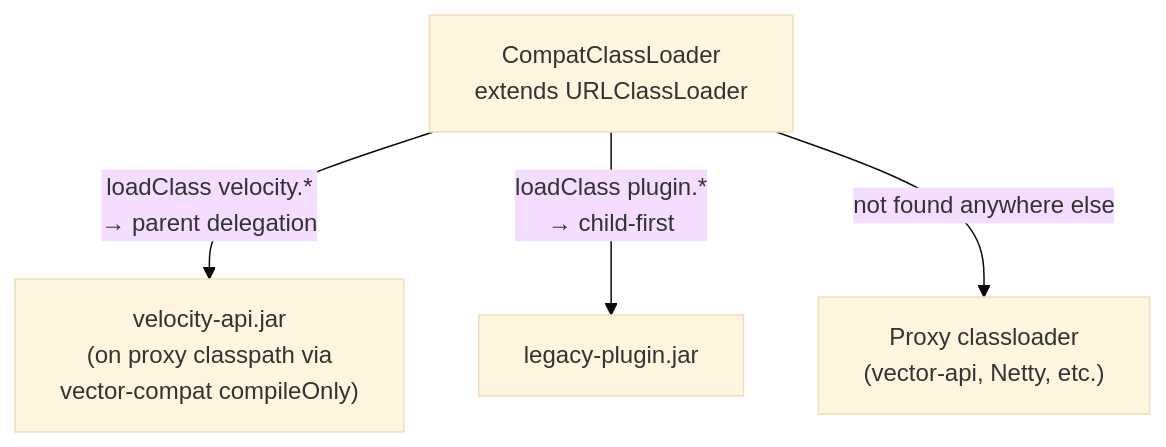
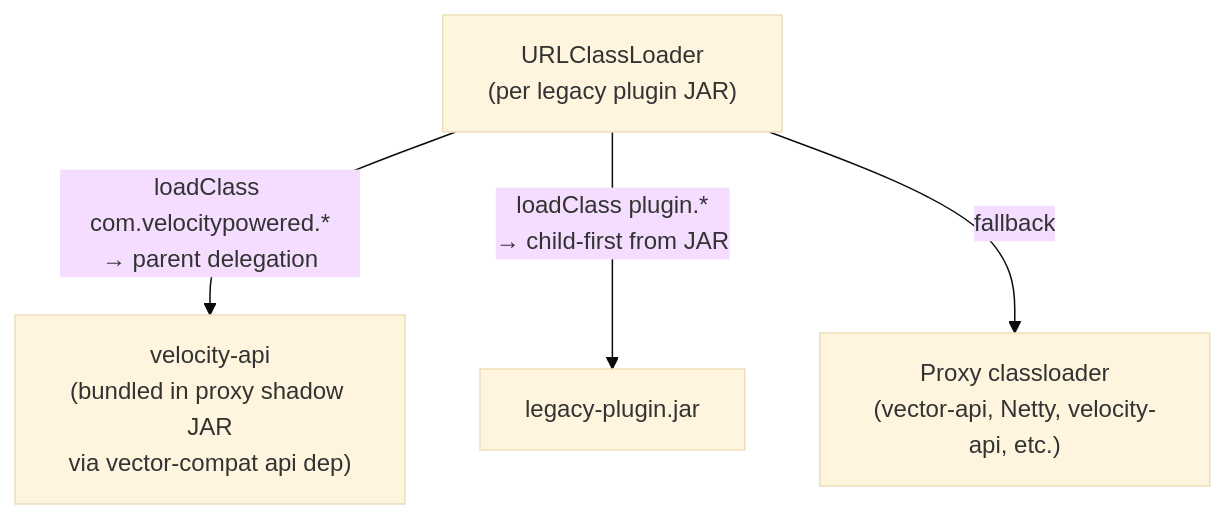
The fifth of 6 diagrams in docs/plugin-api/velocity-compat.rst (Earth1283/Vector), drawn with Mermaid (base theme) before and after one commit. The commit also changed other lines of this file and 2 other files, not shown here.

```diff
--- a/docs/plugin-api/velocity-compat.rst
+++ b/docs/plugin-api/velocity-compat.rst
@@ -157,11 +197,11 @@
 .. mermaid::
 
    graph TD
-       CompatCL["CompatClassLoader\nextends URLClassLoader"]
-       VelAPI["velocity-api.jar\n(on proxy classpath via\nvector-compat compileOnly)"]
+       CompatCL["URLClassLoader\n(per legacy plugin JAR)"]
+       VelAPI["velocity-api\n(bundled in proxy shadow JAR\nvia vector-compat api dep)"]
        PluginJAR["legacy-plugin.jar"]
-       Parent["Proxy classloader\n(vector-api, Netty, etc.)"]
+       Parent["Proxy classloader\n(vector-api, Netty, velocity-api, etc.)"]
 
-       CompatCL -->|"loadClass velocity.*\n→ parent delegation"| VelAPI
-       CompatCL -->|"loadClass plugin.*\n→ child-first"| PluginJAR
-       CompatCL -->|"not found anywhere else"| Parent
+       CompatCL -->|"loadClass com.velocitypowered.*\n→ parent delegation"| VelAPI
+       CompatCL -->|"loadClass plugin.*\n→ child-first from JAR"| PluginJAR
+       CompatCL -->|"fallback"| Parent
```
